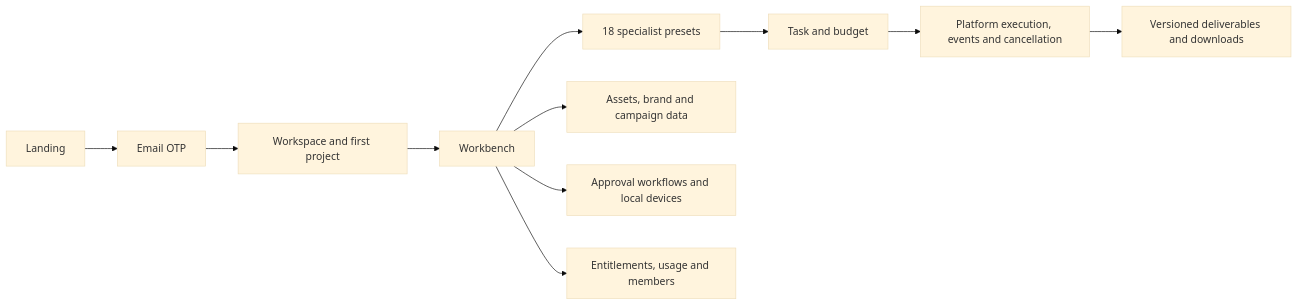
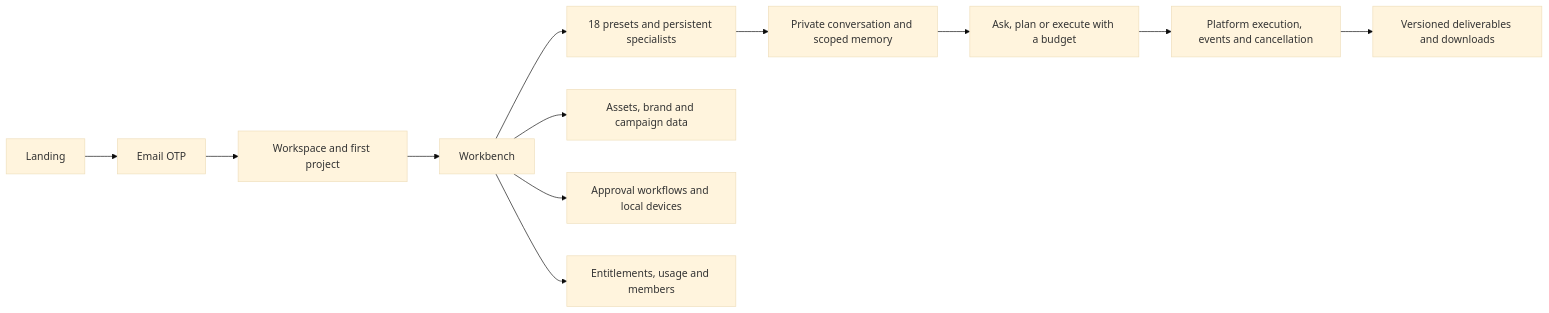
Before and after one commit to copypasteltd/workmate: the diagram in README.en.md, drawn with Mermaid (base theme). The commit also changed other lines of this file and 28 other files, not shown here.

Commit message:
Add private specialist workspace and memory management

````diff
--- a/README.en.md
+++ b/README.en.md
@@ -30,13 +30,14 @@
 ```mermaid
 flowchart LR
   L[Landing] --> A[Email OTP]
   A --> W[Workspace and first project]
   W --> H[Workbench]
-  H --> R[18 specialist presets]
-  R --> T[Task and budget]
+  H --> R[18 presets and persistent specialists]
+  R --> C[Private conversation and scoped memory]
+  C --> T[Ask, plan or execute with a budget]
   T --> X[Platform execution, events and cancellation]
   X --> O[Versioned deliverables and downloads]
   H --> M[Assets, brand and campaign data]
   H --> F[Approval workflows and local devices]
   H --> U[Entitlements, usage and members]
 ```
````
